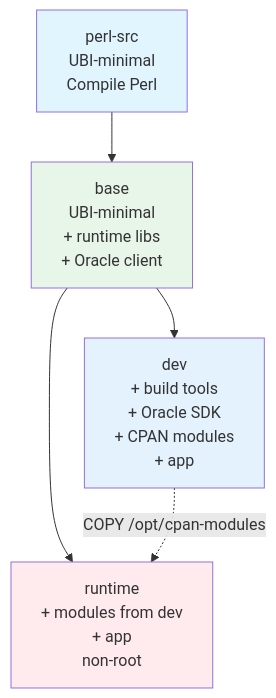
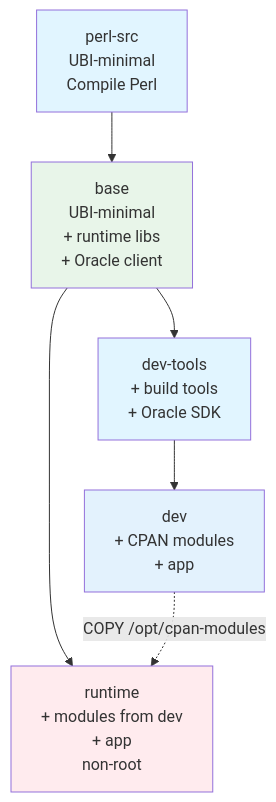
The first of 2 diagrams in README.md (mueslipolo/composePerl), drawn with Mermaid before and after one commit. The commit also changed other lines of this file and 5 other files, not shown here.

````diff
--- a/README.md
+++ b/README.md
@@ -310,12 +310,14 @@
 ```mermaid
 graph TD
     A[perl-src<br/>UBI-minimal<br/>Compile Perl] --> B[base<br/>UBI-minimal<br/>+ runtime libs<br/>+ Oracle client]
-    B --> C[dev<br/>+ build tools<br/>+ Oracle SDK<br/>+ CPAN modules<br/>+ app]
+    B --> T[dev-tools<br/>+ build tools<br/>+ Oracle SDK]
+    T --> C[dev<br/>+ CPAN modules<br/>+ app]
     B --> D[runtime<br/>+ modules from dev<br/>+ app<br/>non-root]
     C -. COPY /opt/cpan-modules .-> D
 
     style A fill:#e1f5ff
     style B fill:#e8f5e9
+    style T fill:#e1f5ff
     style C fill:#e3f2fd
     style D fill:#ffebee
 ```
````
